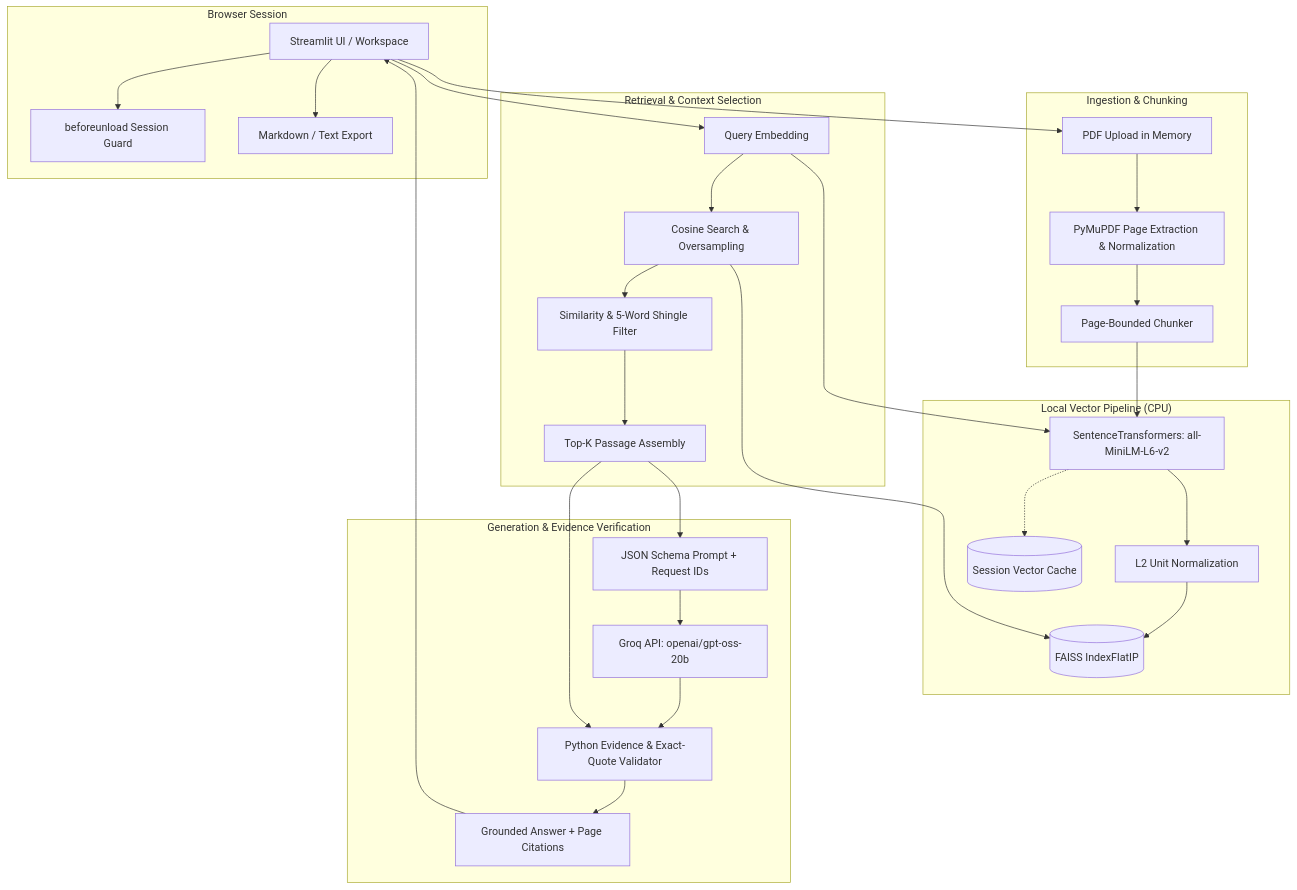
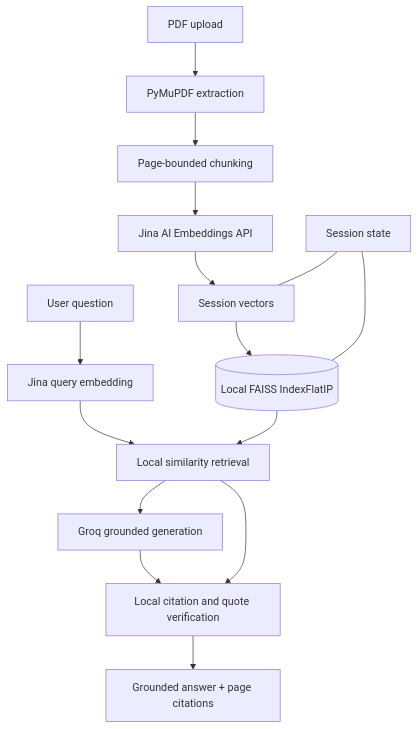
Before and after one commit to LyNx-ViNaYaK-2005/VeriQuote: the diagram in docs/architecture.md, drawn with Mermaid. The commit also changed other lines of this file and 20 other files, not shown here.

Commit message:
Changed to Jina Embedding API from Google's

````diff
--- a/docs/architecture.md
+++ b/docs/architecture.md
@@ -9,47 +7,17 @@
 ```mermaid
 flowchart TD
-    subgraph Client ["Browser Session"]
-        UI[Streamlit UI / Workspace]
-        Guard[beforeunload Session Guard]
-        Export[Markdown / Text Export]
-    end
-
-    subgraph Ingestion ["Ingestion & Chunking"]
-        Upload[PDF Upload in Memory]
-        PyMuPDF[PyMuPDF Page Extraction & Normalization]
-        Chunker[Page-Bounded Chunker]
-    end
-
-    subgraph Embedding_Index ["Local Vector Pipeline (CPU)"]
-        ST[SentenceTransformers: all-MiniLM-L6-v2]
-        Norm[L2 Unit Normalization]
-        FAISS[(FAISS IndexFlatIP)]
-        VectorCache[(Session Vector Cache)]
-    end
-
-    subgraph Retrieval_Layer ["Retrieval & Context Selection"]
-        QueryEmbed[Query Embedding]
-        Search[Cosine Search & Oversampling]
-        Filter[Similarity & 5-Word Shingle Filter]
-        Context[Top-K Passage Assembly]
-    end
-
-    subgraph Generation_Layer ["Generation & Evidence Verification"]
-        PromptBuilder[JSON Schema Prompt + Request IDs]
-        GroqAPI[Groq API: openai/gpt-oss-20b]
-        Validator[Python Evidence & Exact-Quote Validator]
-        VerifiedAnswer[Grounded Answer + Page Citations]
-    end
-
-    Upload --> PyMuPDF --> Chunker --> ST --> Norm --> FAISS
-    ST -.-> VectorCache
-    UI --> Upload
-    UI --> QueryEmbed --> ST
-    QueryEmbed --> Search --> FAISS
-    Search --> Filter --> Context --> PromptBuilder
-    PromptBuilder --> GroqAPI --> Validator
-    Context --> Validator
-    Validator --> VerifiedAnswer --> UI
-    UI --> Export
-    UI --> Guard
+    PDF[PDF upload] --> Parse[PyMuPDF extraction]
+    Parse --> Chunk[Page-bounded chunking]
+    Chunk --> JinaDocs[Jina AI Embeddings API]
+    JinaDocs --> Vectors[Session vectors]
+    Vectors --> FAISS[(Local FAISS IndexFlatIP)]
+    Question[User question] --> JinaQuery[Jina query embedding]
+    JinaQuery --> Search[Local similarity retrieval]
+    FAISS --> Search
+    Search --> Groq[Groq grounded generation]
+    Groq --> Verify[Local citation and quote verification]
+    Search --> Verify
+    Verify --> Answer[Grounded answer + page citations]
+    State[Session state] --- Vectors
+    State --- FAISS
 ```
````
